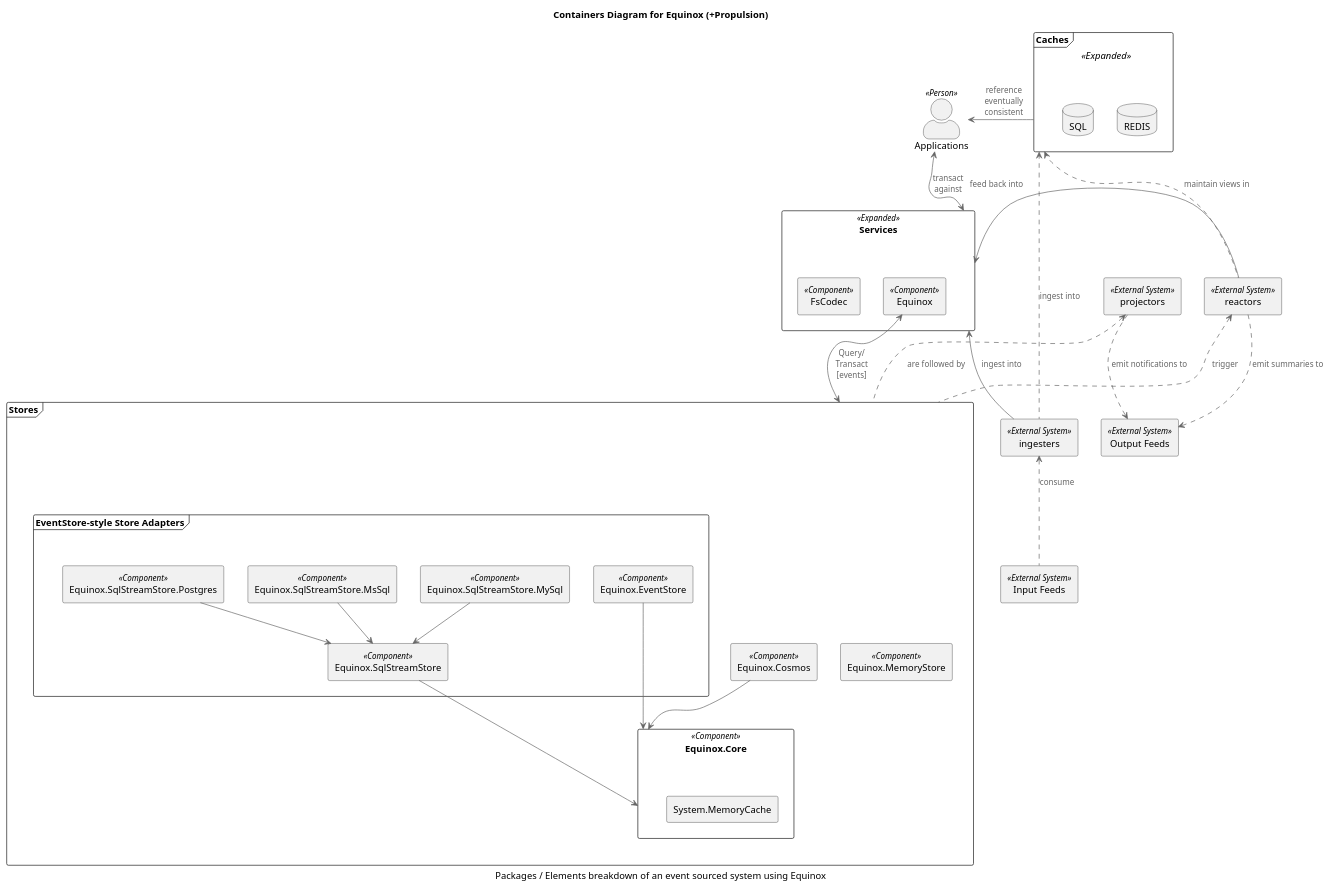
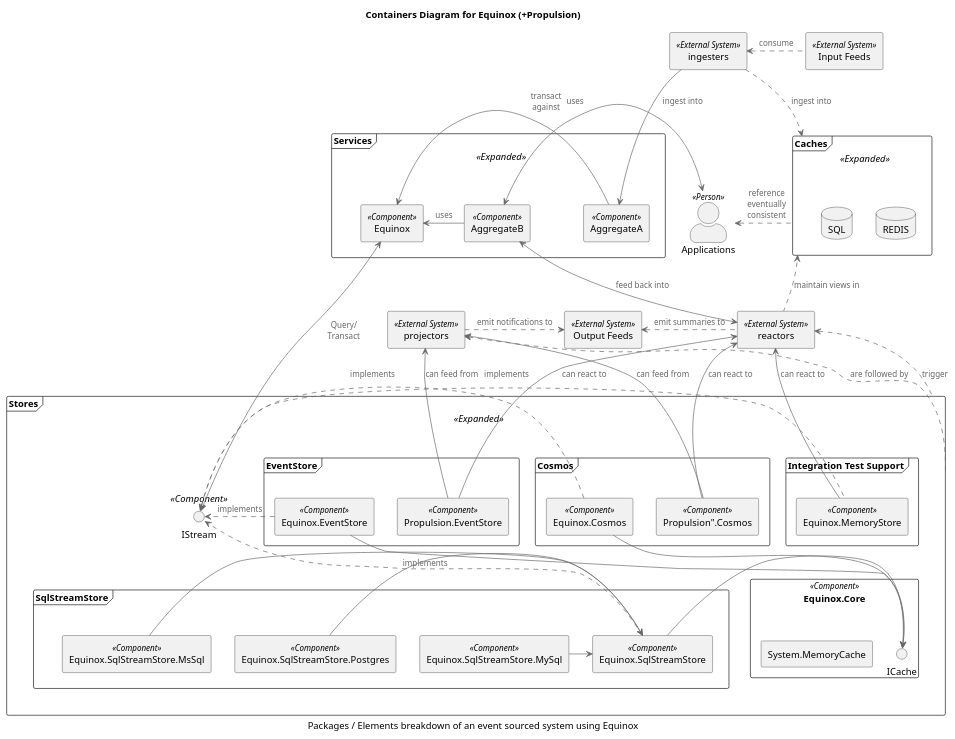
The diagram in diagrams/container.puml (jet/equinox), drawn with PlantUML before and after one commit.

Commit message:
Fix components diag

```diff
--- a/diagrams/container.puml
+++ b/diagrams/container.puml
@@ -1,72 +1,93 @@
 @startuml
 !includeurl https://raw.githubusercontent.com/skleanthous/C4-PlantumlSkin/master/build/output/c4.puml
 
 title Containers Diagram for Equinox (+Propulsion)
 caption Packages / Elements breakdown of an event sourced system using Equinox
 
-actor "Applications" as apps <<Person>>
+together {
+    frame "Caches" <<Expanded>> as caches {
+        database "REDIS"
+        database "SQL"
+    }
+    frame "Services" <<Expanded>> as services {
+        rectangle "Equinox" <<Component>> as equinox
+        rectangle "AggregateA" <<Component>>
+        rectangle "AggregateB" <<Component>>
+    }
+    actor "Applications" as apps <<Person>>
+}
 
-frame "Caches" <<Expanded>> as caches {
-    database "REDIS"
-    database "SQL"
-}
-rectangle "Services" <<Expanded>> as services {
-    rectangle "Equinox" <<Component>> as equinox
-    rectangle "FsCodec" <<Component>>
-}
-together {
-    rectangle ingesters <<External System>> 
-    rectangle reactors <<External System>> 
-    rectangle projectors <<External System>> 
+rectangle ingesters <<External System>> 
+rectangle "Input Feeds" as sources <<External System>> 
+rectangle projectors <<External System>> 
+rectangle "Output Feeds" as sinks <<External System>> 
+rectangle reactors <<External System>> 
 
-    rectangle "Input Feeds" as sources <<External System>> 
-    rectangle "Output Feeds" as sinks <<External System>> 
-}
-together {
-    frame "Stores" as stores {
-        together {
-            rectangle "Equinox.MemoryStore" <<Component>> as ms 
-            rectangle "Equinox.Cosmos" <<Component>> as cs
-        }
-        frame "EventStore-style Store Adapters" as ssss {
-            rectangle "Equinox.EventStore" <<Component>> as es
-            together {
-                rectangle "Equinox.SqlStreamStore.MsSql" <<Component>> as ssm
-                rectangle "Equinox.SqlStreamStore.MySql" <<Component>> as ssy
-                rectangle "Equinox.SqlStreamStore.Postgres" <<Component>> as ssp
-            }
-            rectangle "Equinox.SqlStreamStore" <<Component>> as sss
-        }
-        rectangle "Equinox.Core" as core <<Component>> {
-            rectangle "System.MemoryCache"
-        }
+frame "Stores" as stores <<Expanded>> {
+    frame "Cosmos" as cosmos {
+        rectangle "Equinox.Cosmos" <<Component>> as cs
+        rectangle "Propulsion".Cosmos" <<Component>> as cfp
+    }
+    frame "EventStore" {
+        rectangle "Equinox.EventStore" <<Component>> as es
+        rectangle "Propulsion.EventStore" <<Component>> as all
+    }
+    frame "Integration Test Support" {
+        rectangle "Equinox.MemoryStore" <<Component>> as ms 
+    }
+    interface IStream <<Component>>
+    rectangle "Equinox.Core" as core <<Component>> {
+        rectangle "System.MemoryCache"
+        interface ICache
+    }
+    frame "SqlStreamStore" as ssss {
+        rectangle "Equinox.SqlStreamStore.MsSql" <<Component>> as ssm
+        rectangle "Equinox.SqlStreamStore.MySql" <<Component>> as ssy
+        rectangle "Equinox.SqlStreamStore.Postgres" <<Component>> as ssp
+        rectangle "Equinox.SqlStreamStore" <<Component>> as sss
     }
 }
-apps       <-R-  caches     : reference\neventually\nconsistent
-apps       <-D-> services   : transact\nagainst
 
-equinox    <->  stores     : Query/\nTransact\n[events]
+AggregateB -R-> equinox    : uses
+equinox     <-> IStream    : Query/\nTransact
+AggregateA -L-> equinox    : uses
 
-stores     .U.>   projectors : are followed by
-stores     .U.>   reactors   : trigger
+ingesters  <.R. sources    : consume
+ingesters    -> AggregateA : ingest into
+ingesters  .D.> caches     : ingest into
 
-projectors ..>   sinks      : emit notifications to
+apps       <.   caches     : reference\neventually\nconsistent
+apps        <-> AggregateB : transact\nagainst
 
-reactors   -L->   services   : feed back into
-reactors   ..>   sinks      : emit summaries to
-reactors   .U.>  caches    : maintain views in
+stores     .U.> projectors : are followed by
+stores     .U.> reactors   : trigger
 
-ingesters  <..   sources    : consume
-ingesters  -L->   services   : ingest into
-ingesters  .U.>   caches    : ingest into
+projectors   .> sinks      : emit notifications to
+projectors <--  cfp        : can feed from
+projectors <--  all        : can feed from
 
-stores -[hidden]-> ssss
+reactors  <-U-> AggregateB : feed back into
+reactors   .L.> sinks      : emit summaries to
+reactors   .U.> caches     : maintain views in
+reactors   <-   ms         : can react to
+reactors   <-   cfp        : can react to
+reactors   <-   all        : can react to
 
-ssm -D-> sss
-ssy -D-> sss
-ssp -D-> sss
-sss -D-> core
-cs -D-> core
-es -D-> core
+ms         .L.> IStream    : implements
+es           -> ICache
+es           .> IStream    : implements
+cs          --> ICache
+cs           .> IStream    : implements
+sss          -> ICache
+sss          .> IStream    : implements
+
+ssm          -> sss
+ssy          -> sss
+ssp          -> sss
+
+ingesters  -[hidden]D-> apps
+projectors -[hidden]D-> es
+projectors -[hidden]U-> services
+IStream    -[hidden]D-> ssss
 
 @enduml
```
